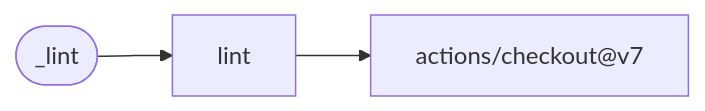
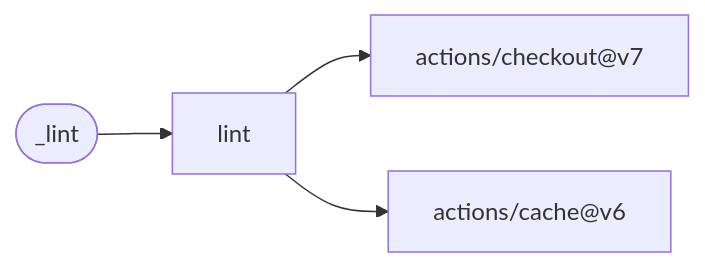
Before and after one commit to f2calv/gha-workflows: diagram 15 of 16 in README.md, drawn with Mermaid. The commit also changed other lines of this file and 6 other files, not shown here.

````diff
--- a/README.md
+++ b/README.md
@@ -385,6 +389,7 @@
 ```mermaid
 flowchart LR
     classDef f2calv fill:#dbeafe,stroke:#2563eb,color:#1e3a5f
     W(["_lint"]) --> J["lint"]
     J --> A1["actions/checkout@v7"]
+    J --> A2["actions/cache@v6"]
 ```
````
